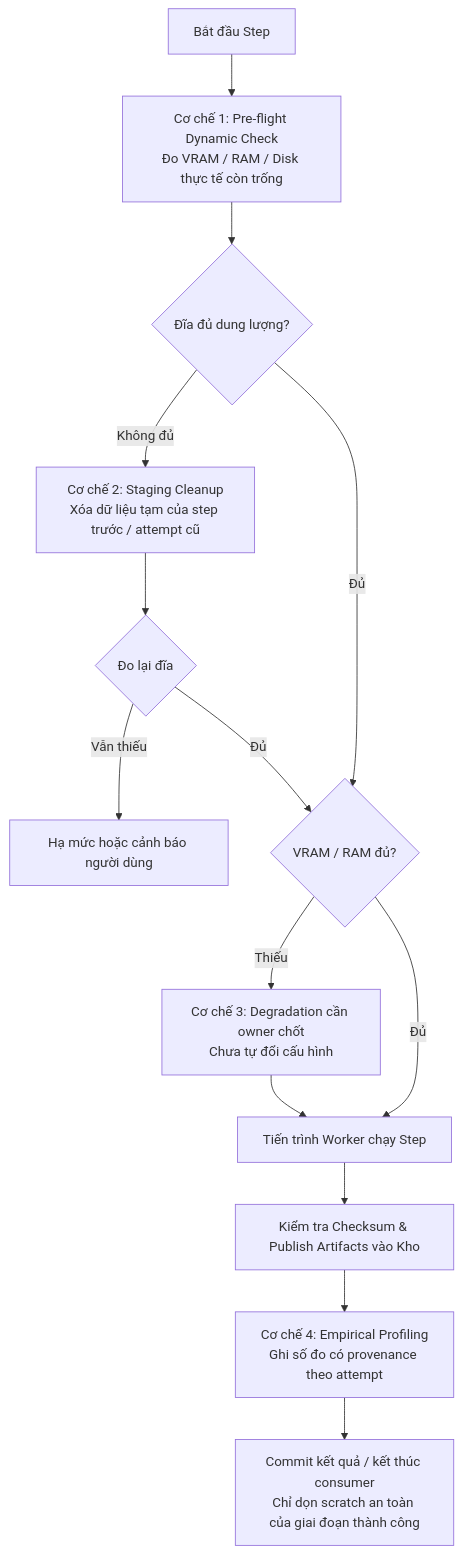
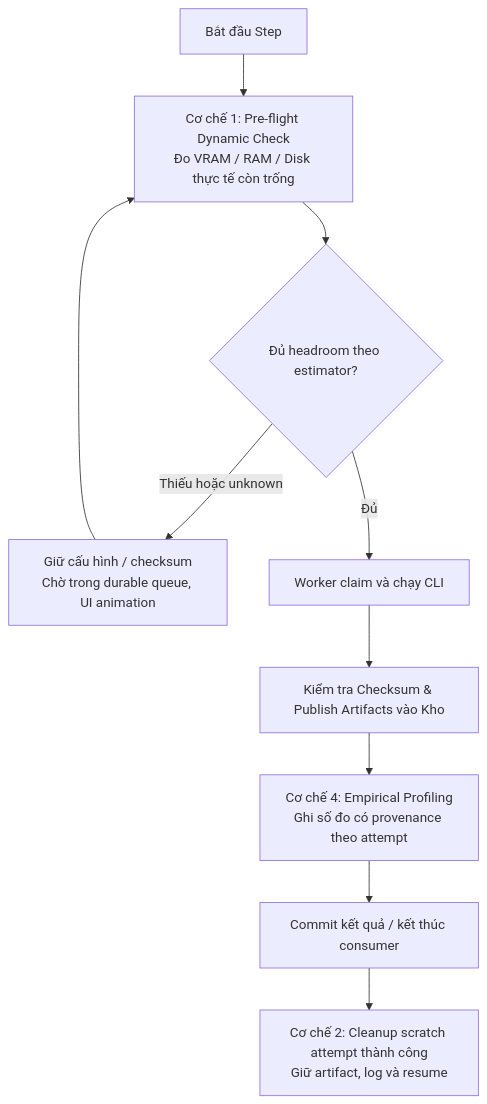
The diagram in docs/plans/active/2026-10-02-resource-management-cleanup.md (awun0105/P-087), drawn with Mermaid before and after one commit. The commit also changed other lines of this file, not shown here.

Commit message:
docs(plan): ghi policy chờ tài nguyên và evidence cleanup demo

````diff
--- a/docs/plans/active/2026-10-02-resource-management-cleanup.md
+++ b/docs/plans/active/2026-10-02-resource-management-cleanup.md
@@ -64,16 +64,12 @@
 ```mermaid
 flowchart TD
     StepStart[Bắt đầu Step] --> M1[Cơ chế 1: Pre-flight Dynamic Check\nĐo VRAM / RAM / Disk thực tế còn trống]
-    M1 --> CheckDisk{Đĩa đủ dung lượng?}
-    CheckDisk -- Không đủ --> M2[Cơ chế 2: Staging Cleanup\nXóa dữ liệu tạm của step trước / attempt cũ]
-    M2 --> RecheckDisk{Đo lại đĩa}
-    RecheckDisk -- Vẫn thiếu --> FailOrDegrade[Hạ mức hoặc cảnh báo người dùng]
-    CheckDisk -- Đủ --> CheckVRAM{VRAM / RAM đủ?}
-    RecheckDisk -- Đủ --> CheckVRAM
-    CheckVRAM -- Thiếu --> M3[Cơ chế 3: Degradation cần owner chốt\nChưa tự đổi cấu hình]
-    CheckVRAM -- Đủ --> RunStep[Tiến trình Worker chạy Step]
-    M3 --> RunStep
+    M1 --> Enough{Đủ headroom theo estimator?}
+    Enough -- Thiếu hoặc unknown --> Wait[Giữ cấu hình / checksum\nChờ trong durable queue, UI animation]
+    Wait --> M1
+    Enough -- Đủ --> RunStep[Worker claim và chạy CLI]
     RunStep --> PublishArtifacts[Kiểm tra Checksum & Publish Artifacts vào Kho]
     PublishArtifacts --> M4[Cơ chế 4: Empirical Profiling\nGhi số đo có provenance theo attempt]
-    M4 --> EndStep[Commit kết quả / kết thúc consumer\nChỉ dọn scratch an toàn của giai đoạn thành công]
+    M4 --> EndStep[Commit kết quả / kết thúc consumer]
+    EndStep --> M2[Cơ chế 2: Cleanup scratch attempt thành công\nGiữ artifact, log và resume]
 ```
````
